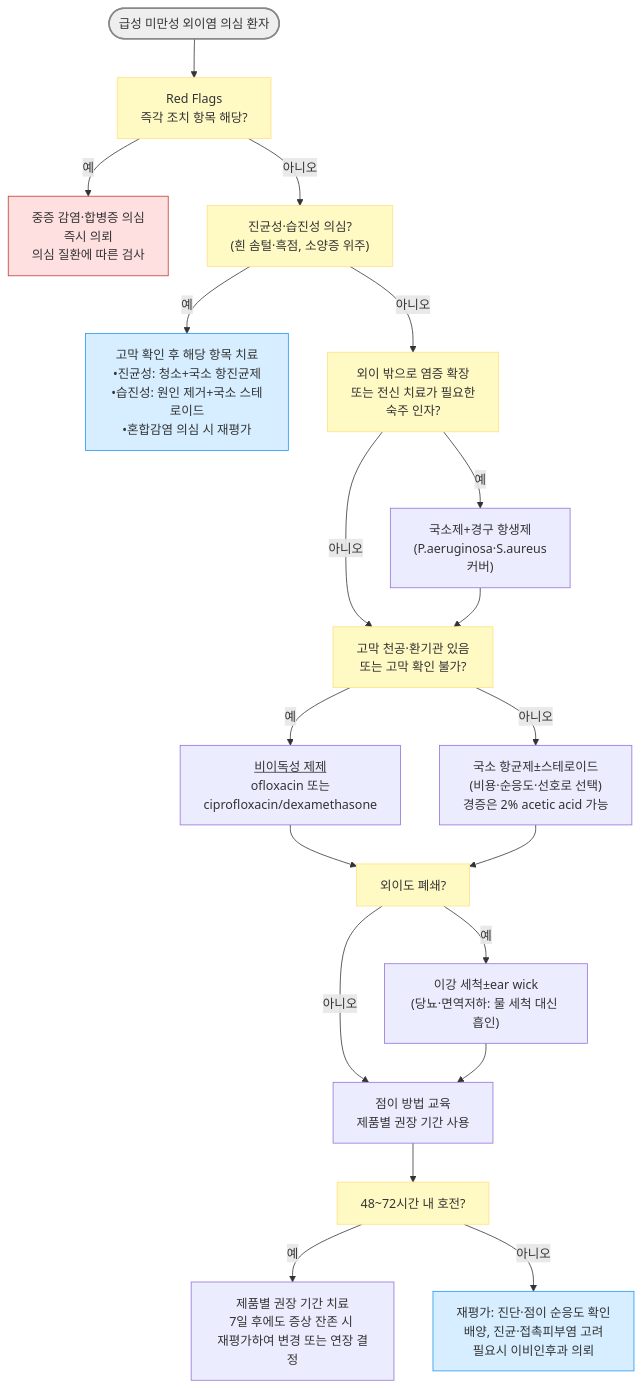
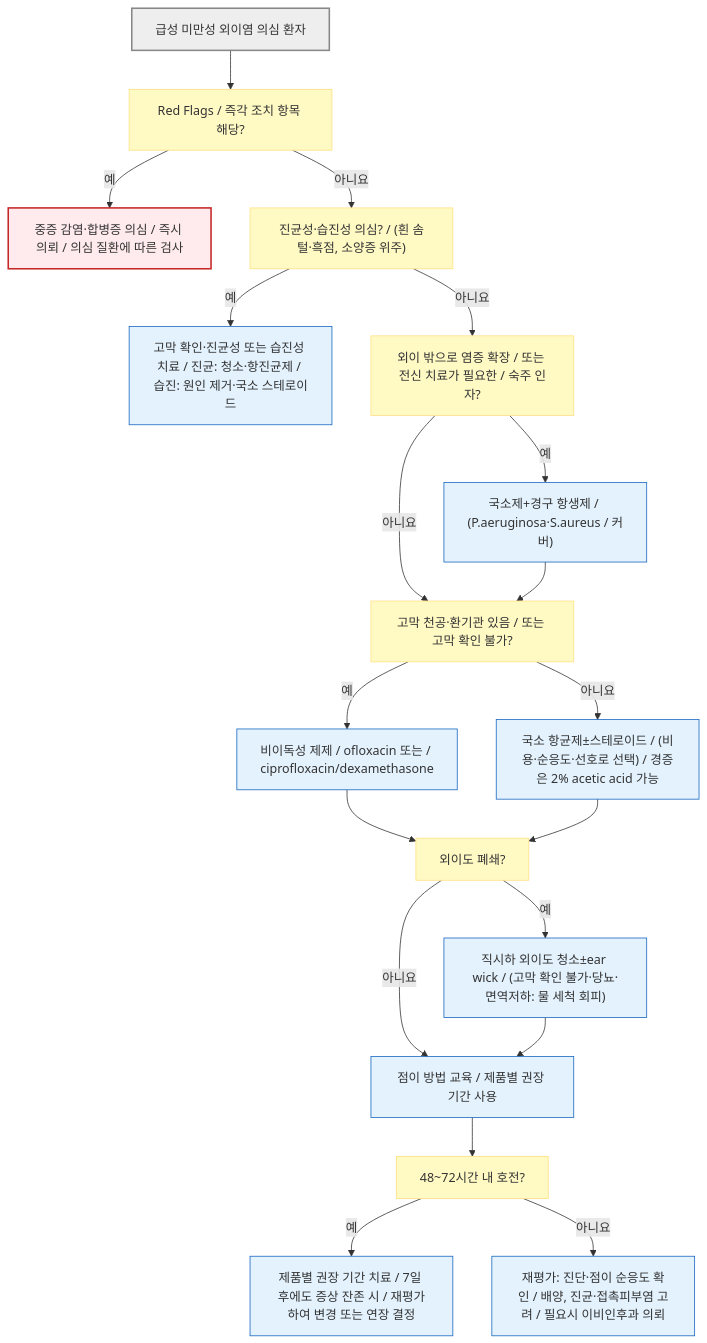
The second of 2 diagrams in 222_/047_-otitis-externa.md (familyoh77/familyoh77), drawn with Mermaid before and after one commit. The commit also changed other lines of this file and 13 other files, not shown here.

````diff
--- a/222_/047_-otitis-externa.md
+++ b/222_/047_-otitis-externa.md
@@ -132,27 +135,29 @@
 ```mermaid
-graph TD
-    START(["급성 미만성 외이염 의심 환자"]) --> RF["Red Flags <br/>즉각 조치 항목 해당?"]
-    RF -- "예" --> NOE["중증 감염·합병증 의심<br/>즉시 의뢰<br/>의심 질환에 따른 검사"]
-    RF -- "아니오" --> TYPE["진균성·습진성 의심?<br/>(흰 솜털·흑점, 소양증 위주)"]
-    TYPE -- "예" --> OTHER["고막 확인 후 해당 항목 치료<br/>•진균성: 청소+국소 항진균제<br/>•습진성: 원인 제거+국소 스테로이드<br/>•혼합감염 의심 시 재평가"]
-    TYPE -- "아니오" --> EXT["외이 밖으로 염증 확장 <br/>또는 전신 치료가 필요한 <br/>숙주 인자?"]
-    EXT -- "예" --> SYS["국소제+경구 항생제<br/>(P.aeruginosa·S.aureus <br/>커버)"]
-    EXT -- "아니오" --> TM["고막 천공·환기관 있음<br/>또는 고막 확인 불가?"]
-    TM -- "예" --> NONOTO["<u>비이독성 제제</u><br/>ofloxacin 또는<br/>ciprofloxacin/dexamethasone"]
-    TM -- "아니오" --> ANY["국소 항균제±스테로이드<br/>(비용·순응도·선호로 선택)<br/>경증은 2% acetic acid 가능"]
+flowchart TD
+    START["급성 미만성 외이염 의심 환자"] --> RF["Red Flags / 즉각 조치 항목 해당?"]
+    RF -- "예" --> NOE["중증 감염·합병증 의심 / 즉시 의뢰 / 의심 질환에 따른 검사"]
+    RF -- "아니요" --> TYPE["진균성·습진성 의심? / (흰 솜털·흑점, 소양증 위주)"]
+    TYPE -- "예" --> OTHER["고막 확인·진균성 또는 습진성 치료 / 진균: 청소·항진균제 / 습진: 원인 제거·국소 스테로이드"]
+    TYPE -- "아니요" --> EXT["외이 밖으로 염증 확장 / 또는 전신 치료가 필요한 / 숙주 인자?"]
+    EXT -- "예" --> SYS["국소제+경구 항생제 / (P.aeruginosa·S.aureus / 커버)"]
+    EXT -- "아니요" --> TM["고막 천공·환기관 있음 / 또는 고막 확인 불가?"]
+    TM -- "예" --> NONOTO["비이독성 제제 / ofloxacin 또는 / ciprofloxacin/dexamethasone"]
+    TM -- "아니요" --> ANY["국소 항균제±스테로이드 / (비용·순응도·선호로 선택) / 경증은 2% acetic acid 가능"]
     SYS --> TM
     NONOTO --> OBS["외이도 폐쇄?"]
     ANY --> OBS
-    OBS -- "예" --> TOIL["이강 세척±ear wick<br/>(당뇨·면역저하: 물 세척 대신 흡인)"]
-    OBS -- "아니오" --> EDU["점이 방법 교육<br/>제품별 권장 기간 사용"]
+    OBS -- "예" --> TOIL["직시하 외이도 청소±ear wick / (고막 확인 불가·당뇨·면역저하: 물 세척 회피)"]
+    OBS -- "아니요" --> EDU["점이 방법 교육 / 제품별 권장 기간 사용"]
     TOIL --> EDU
     EDU --> R48["48~72시간 내 호전?"]
-    R48 -- "예" --> DONE["제품별 권장 기간 치료<br/>7일 후에도 증상 잔존 시 <br/>재평가하여 변경 또는 연장 결정"]
-    R48 -- "아니오" --> REEVAL["재평가: 진단·점이 순응도 확인<br/>배양, 진균·접촉피부염 고려<br/>필요시 이비인후과 의뢰"]
-    style START fill:#eeeeee,stroke:#888888,stroke-width:2px
-    style OTHER fill:#d6eeff,stroke:#2196f3
-    classDef y fill:#fff9c4,stroke:#ffe082
-    class RF,TYPE,EXT,TM,OBS,R48 y
-    style NOE fill:#ffe0e0,stroke:#c0392b
-    style REEVAL fill:#d6eeff,stroke:#2196f3
+    R48 -- "예" --> DONE["제품별 권장 기간 치료 / 7일 후에도 증상 잔존 시 / 재평가하여 변경 또는 연장 결정"]
+    R48 -- "아니요" --> REEVAL["재평가: 진단·점이 순응도 확인 / 배양, 진균·접촉피부염 고려 / 필요시 이비인후과 의뢰"]
+    classDef start fill:#eee,stroke:#888,stroke-width:2px
+    classDef decision fill:#fff9c4,stroke:#ffe082
+    classDef urgent fill:#ffebee,stroke:#c62828,stroke-width:2px
+    classDef action fill:#e3f2fd,stroke:#1565c0
+    class START start
+    class RF,TYPE,EXT,TM,OBS,R48 decision
+    class NOE urgent
+    class OTHER,SYS,NONOTO,ANY,TOIL,EDU,DONE,REEVAL action
 ```
````
